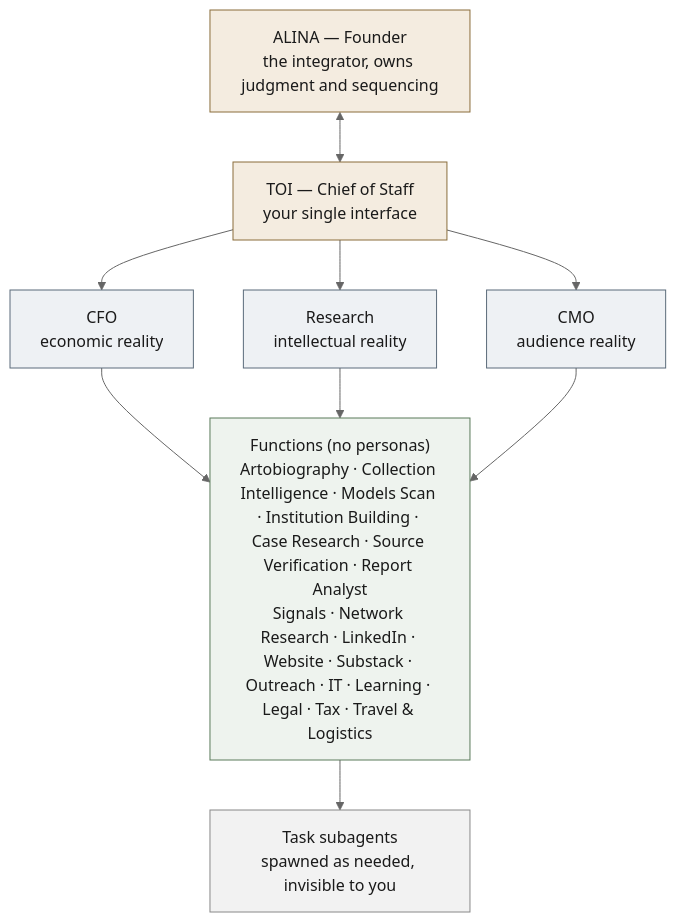
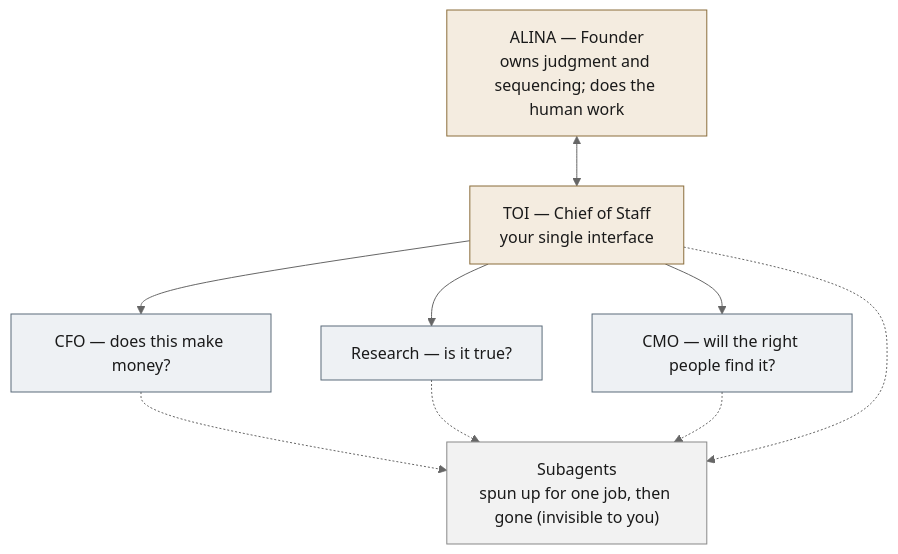
One commit to alinaokun/nariway-art changed the diagram in company/executive-model.md. Above: the diagram before and after it, drawn with Mermaid (neutral theme). The commit also changed other lines of this file and 1 other file, not shown here.

Commit message:
Simplify operating model to five boxes (functions become domains + on-demand subagents); add INDEX map-of-content for navigation

````diff
--- a/company/executive-model.md
+++ b/company/executive-model.md
@@ -7,28 +7,25 @@
 ```mermaid
 flowchart TD
-    A["ALINA — Founder<br/>the integrator, owns judgment and sequencing"]
+    A["ALINA — Founder<br/>owns judgment and sequencing; does the human work"]
     TOI["TOI — Chief of Staff<br/>your single interface"]
-    CFO["CFO<br/>economic reality"]
-    RES["Research<br/>intellectual reality"]
-    CMO["CMO<br/>audience reality"]
-    FUN["Functions (no personas)<br/>Artobiography · Collection Intelligence · Models Scan · Institution Building · Case Research · Source Verification · Report Analyst<br/>Signals · Network Research · LinkedIn · Website · Substack · Outreach · IT · Learning · Legal · Tax · Travel & Logistics"]
-    SUB["Task subagents<br/>spawned as needed, invisible to you"]
+    CFO["CFO — does this make money?"]
+    RES["Research — is it true?"]
+    CMO["CMO — will the right people find it?"]
+    SUB["Subagents<br/>spun up for one job, then gone (invisible to you)"]
 
     A <--> TOI
     TOI --> CFO
     TOI --> RES
     TOI --> CMO
-    CFO --> FUN
-    RES --> FUN
-    CMO --> FUN
-    FUN --> SUB
+    CFO -.-> SUB
+    RES -.-> SUB
+    CMO -.-> SUB
+    TOI -.-> SUB
 
     classDef founder fill:#f4ece0,stroke:#8a6d3b,color:#1a1a1a;
     classDef lens fill:#eef1f4,stroke:#5b6b7a,color:#1a1a1a;
-    classDef fun fill:#eef3ee,stroke:#5a7a5a,color:#1a1a1a;
     classDef sub fill:#f2f2f2,stroke:#888,color:#1a1a1a;
     class A,TOI founder;
     class CFO,RES,CMO lens;
-    class FUN fun;
     class SUB sub;
 ```
````
